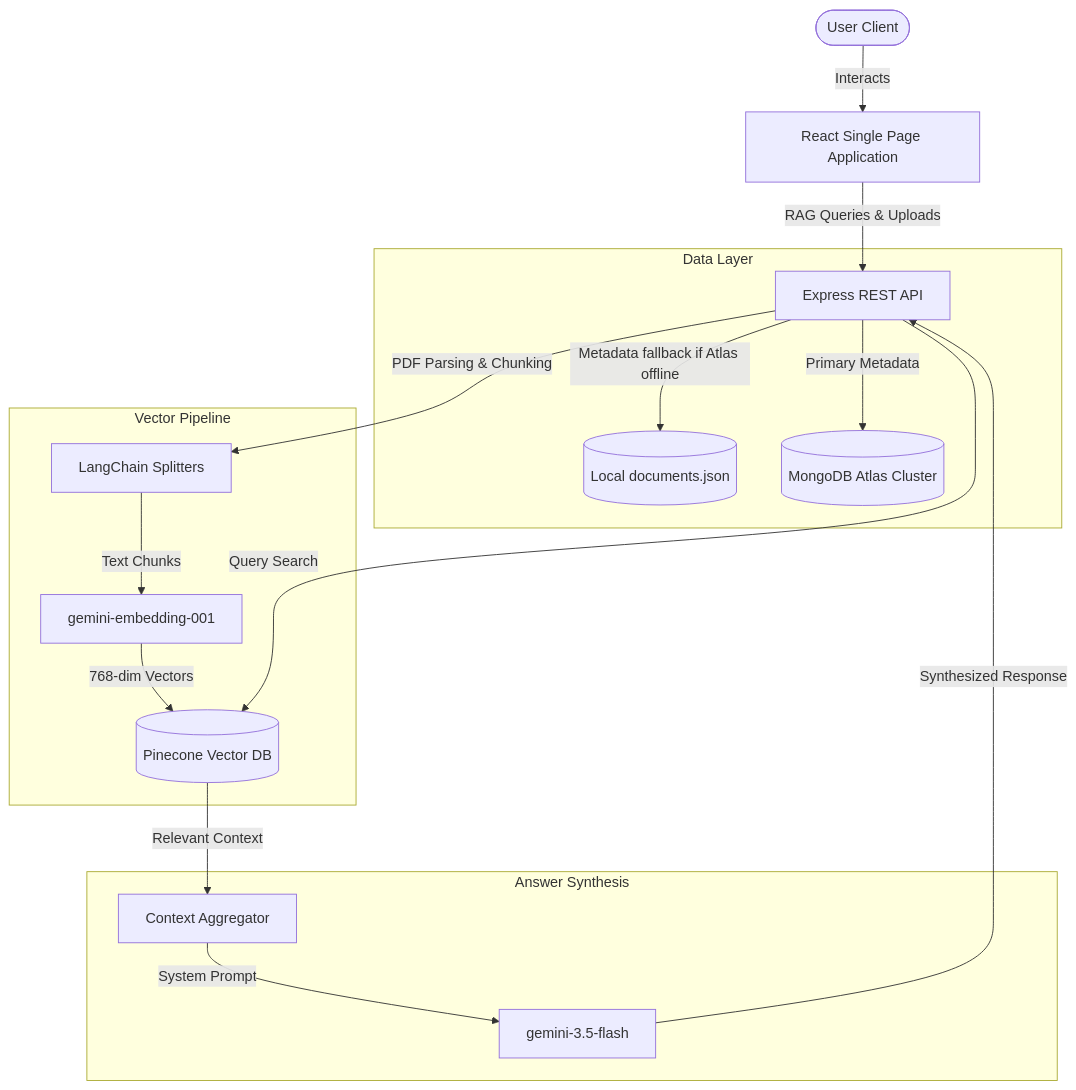
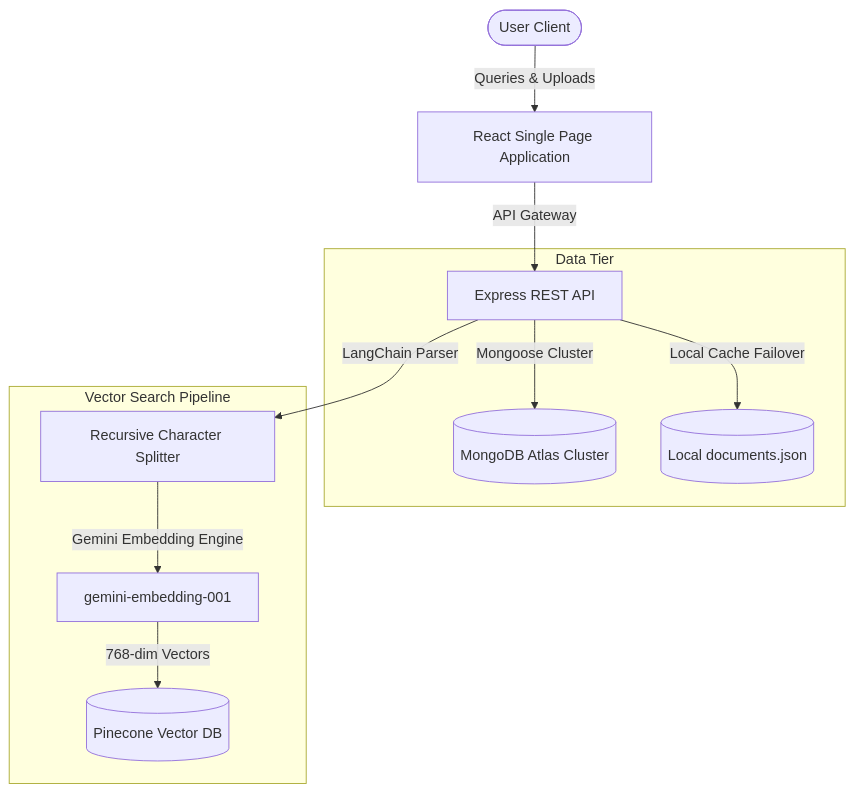
One commit to inba-web/enterprise-support-rag changed the diagram in README.md. Above: the diagram before and after it, drawn with Mermaid. The commit also changed other lines of this file and 3 other files, not shown here.

````diff
--- a/README.md
+++ b/README.md
@@ -25,23 +31,16 @@
 ```mermaid
 graph TD
-    User([User Client]) -->|Interacts| Frontend[React Single Page Application]
-    Frontend -->|RAG Queries & Uploads| Backend[Express REST API]
+    User([User Client]) -->|Queries & Uploads| Frontend[React Single Page Application]
+    Frontend -->|API Gateway| Backend[Express REST API]
     
-    subgraph Data Layer
-        Backend -->|Metadata fallback if Atlas offline| LocalDB[(Local documents.json)]
-        Backend -->|Primary Metadata| MongoAtlas[(MongoDB Atlas Cluster)]
+    subgraph Data Tier
+        Backend -->|Mongoose Cluster| MongoAtlas[(MongoDB Atlas Cluster)]
+        Backend -->|Local Cache Failover| LocalDB[(Local documents.json)]
     end
     
-    subgraph Vector Pipeline
-        Backend -->|PDF Parsing & Chunking| LangChain[LangChain Splitters]
-        LangChain -->|Text Chunks| GeminiEmbed[gemini-embedding-001]
-        GeminiEmbed -->|768-dim Vectors| Pinecone[(Pinecone Vector DB)]
-    end
-    
-    subgraph Answer Synthesis
-        Backend -->|Query Search| Pinecone
-        Pinecone -->|Relevant Context| ContextAggregator[Context Aggregator]
-        ContextAggregator -->|System Prompt| GeminiLLM[gemini-3.5-flash]
-        GeminiLLM -->|Synthesized Response| Backend
+    subgraph Vector Search Pipeline
+        Backend -->|LangChain Parser| Splitter[Recursive Character Splitter]
+        Splitter -->|Gemini Embedding Engine| Embeddings[gemini-embedding-001]
+        Embeddings -->|768-dim Vectors| Pinecone[(Pinecone Vector DB)]
     end
 ```
````
